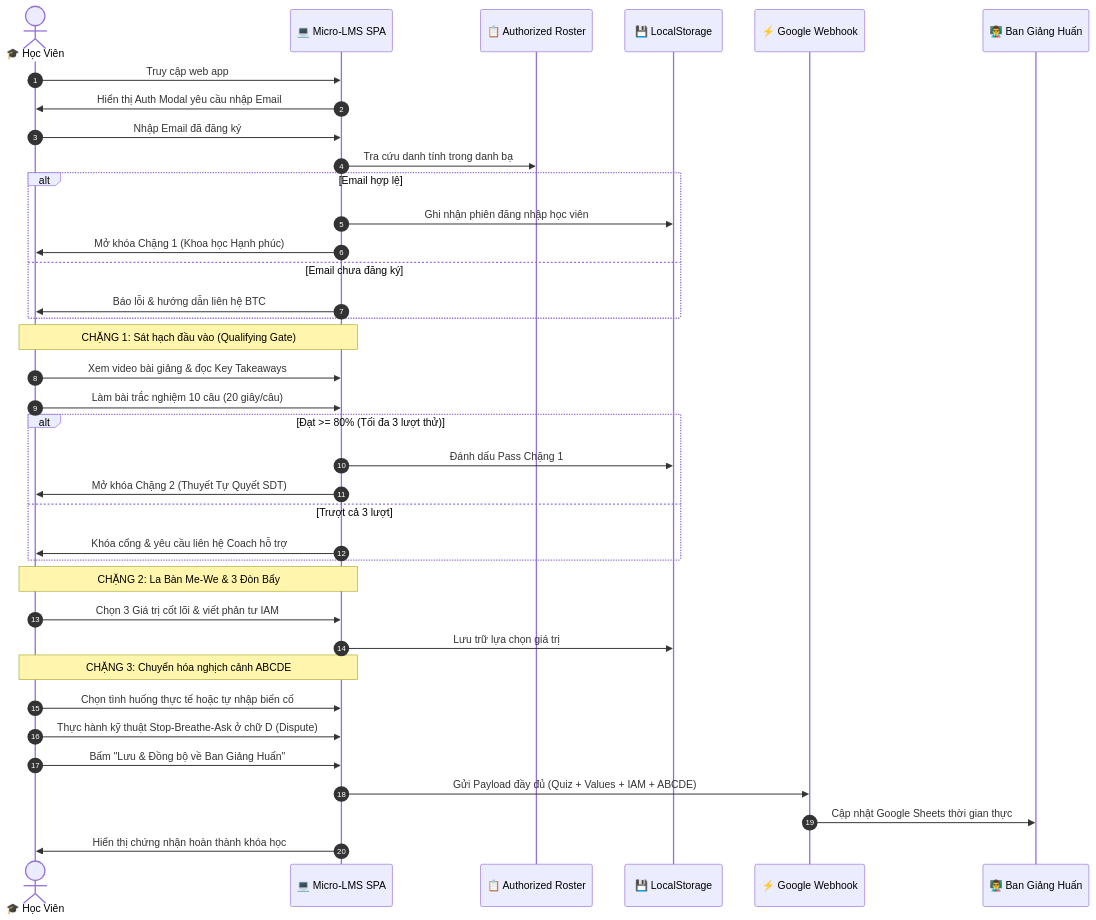
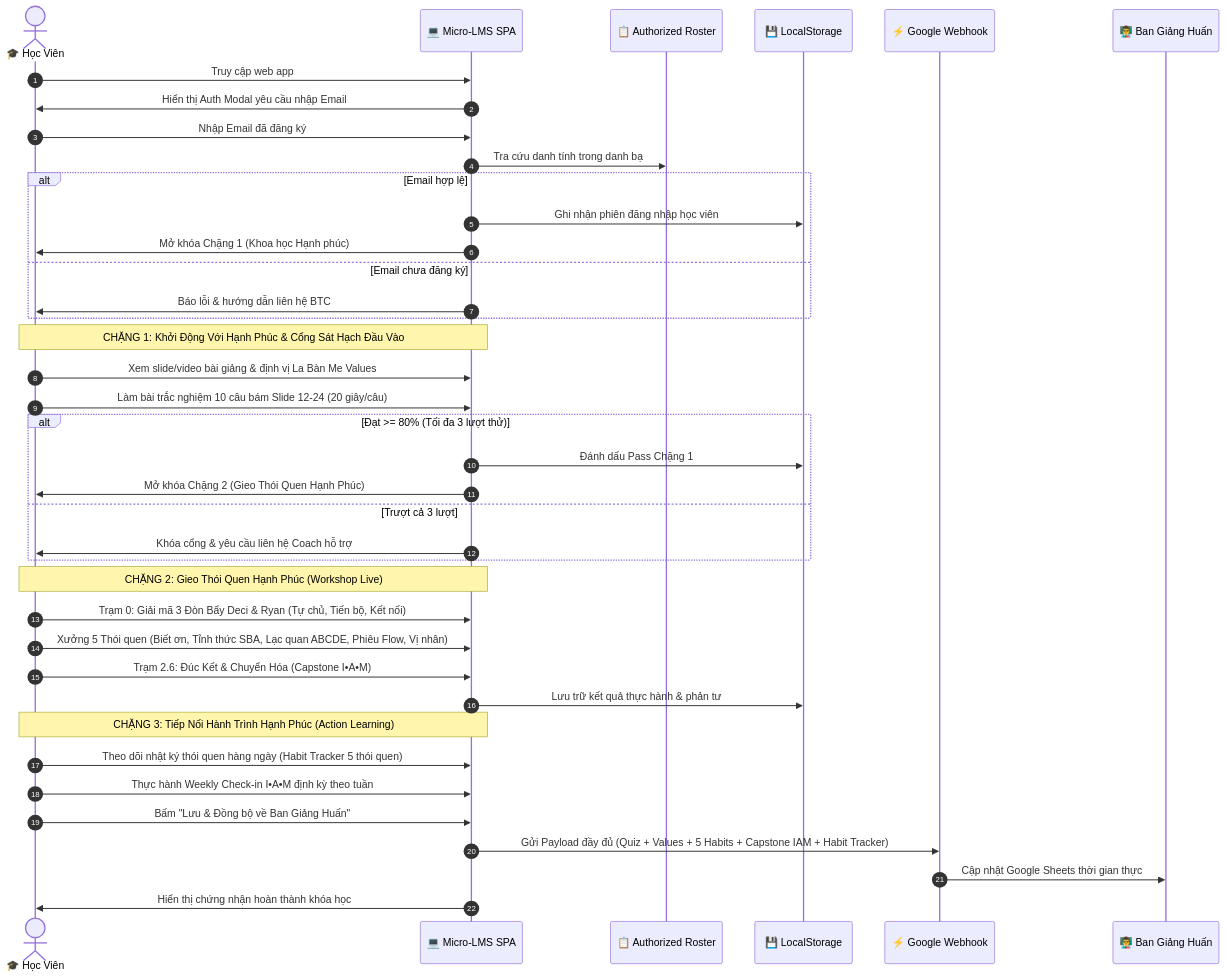
Before and after one commit to culturecodefeedforward/DeliveringHappiness: the second of 6 diagrams in docs/system-architecture.md, drawn with Mermaid. The commit also changed other lines of this file and 5 other files, not shown here.

Commit message:
docs(dhm): sync 3-stage architecture, 10-question qualifying quiz and KISS wording matrix to single source of truth

````diff
--- a/docs/system-architecture.md
+++ b/docs/system-architecture.md
@@ -54,43 +54,45 @@
 ```mermaid
 sequenceDiagram
     autonumber
     actor Learner as 🎓 Học Viên
     participant LMS as 💻 Micro-LMS SPA
     participant Roster as 📋 Authorized Roster
     participant Local as 💾 LocalStorage
     participant Webhook as ⚡ Google Webhook
     participant Faculty as 👨‍🏫 Ban Giảng Huấn
 
     Learner->>LMS: Truy cập web app
     LMS->>Learner: Hiển thị Auth Modal yêu cầu nhập Email
     Learner->>LMS: Nhập Email đã đăng ký
     LMS->>Roster: Tra cứu danh tính trong danh bạ
     alt Email hợp lệ
         LMS->>Local: Ghi nhận phiên đăng nhập học viên
         LMS->>Learner: Mở khóa Chặng 1 (Khoa học Hạnh phúc)
     else Email chưa đăng ký
         LMS->>Learner: Báo lỗi & hướng dẫn liên hệ BTC
     end
 
-    Note over Learner,LMS: CHẶNG 1: Sát hạch đầu vào (Qualifying Gate)
-    Learner->>LMS: Xem video bài giảng & đọc Key Takeaways
-    Learner->>LMS: Làm bài trắc nghiệm 10 câu (20 giây/câu)
+    Note over Learner,LMS: CHẶNG 1: Khởi Động Với Hạnh Phúc & Cổng Sát Hạch Đầu Vào
+    Learner->>LMS: Xem slide/video bài giảng & định vị La Bàn Me Values
+    Learner->>LMS: Làm bài trắc nghiệm 10 câu bám Slide 12-24 (20 giây/câu)
     alt Đạt >= 80% (Tối đa 3 lượt thử)
         LMS->>Local: Đánh dấu Pass Chặng 1
-        LMS->>Learner: Mở khóa Chặng 2 (Thuyết Tự Quyết SDT)
+        LMS->>Learner: Mở khóa Chặng 2 (Gieo Thói Quen Hạnh Phúc)
     else Trượt cả 3 lượt
         LMS->>Learner: Khóa cổng & yêu cầu liên hệ Coach hỗ trợ
     end
 
-    Note over Learner,LMS: CHẶNG 2: La Bàn Me-We & 3 Đòn Bẩy
-    Learner->>LMS: Chọn 3 Giá trị cốt lõi & viết phản tư IAM
-    LMS->>Local: Lưu trữ lựa chọn giá trị
+    Note over Learner,LMS: CHẶNG 2: Gieo Thói Quen Hạnh Phúc (Workshop Live)
+    Learner->>LMS: Trạm 0: Giải mã 3 Đòn Bẩy Deci & Ryan (Tự chủ, Tiến bộ, Kết nối)
+    Learner->>LMS: Xưởng 5 Thói quen (Biết ơn, Tỉnh thức SBA, Lạc quan ABCDE, Phiêu Flow, Vị nhân)
+    Learner->>LMS: Trạm 2.6: Đúc Kết & Chuyển Hóa (Capstone I•A•M)
+    LMS->>Local: Lưu trữ kết quả thực hành & phản tư
 
-    Note over Learner,LMS: CHẶNG 3: Chuyển hóa nghịch cảnh ABCDE
-    Learner->>LMS: Chọn tình huống thực tế hoặc tự nhập biến cố
-    Learner->>LMS: Thực hành kỹ thuật Stop-Breathe-Ask ở chữ D (Dispute)
+    Note over Learner,LMS: CHẶNG 3: Tiếp Nối Hành Trình Hạnh Phúc (Action Learning)
+    Learner->>LMS: Theo dõi nhật ký thói quen hàng ngày (Habit Tracker 5 thói quen)
+    Learner->>LMS: Thực hành Weekly Check-in I•A•M định kỳ theo tuần
     Learner->>LMS: Bấm "Lưu & Đồng bộ về Ban Giảng Huấn"
-    LMS->>Webhook: Gửi Payload đầy đủ (Quiz + Values + IAM + ABCDE)
+    LMS->>Webhook: Gửi Payload đầy đủ (Quiz + Values + 5 Habits + Capstone IAM + Habit Tracker)
     Webhook->>Faculty: Cập nhật Google Sheets thời gian thực
     LMS->>Learner: Hiển thị chứng nhận hoàn thành khóa học
 ```
````
